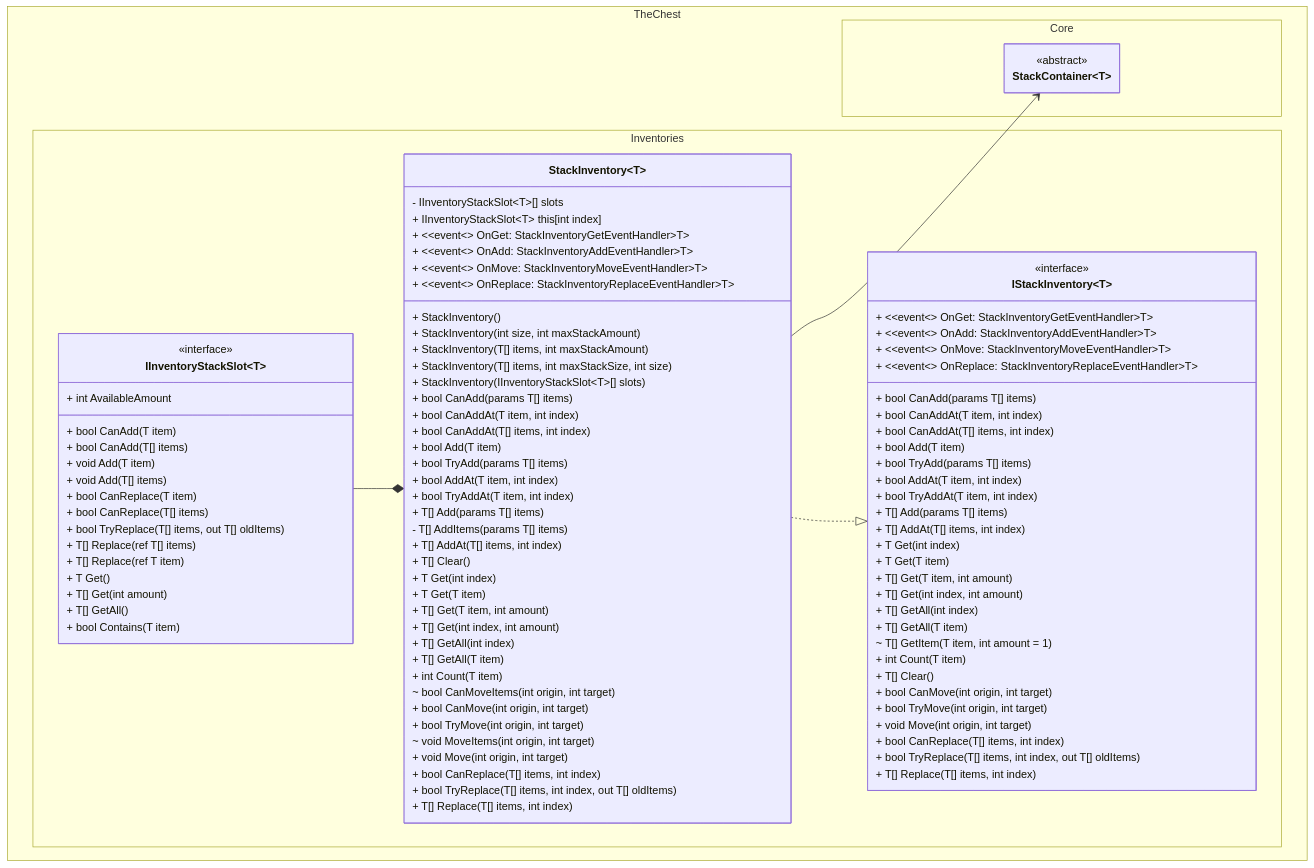
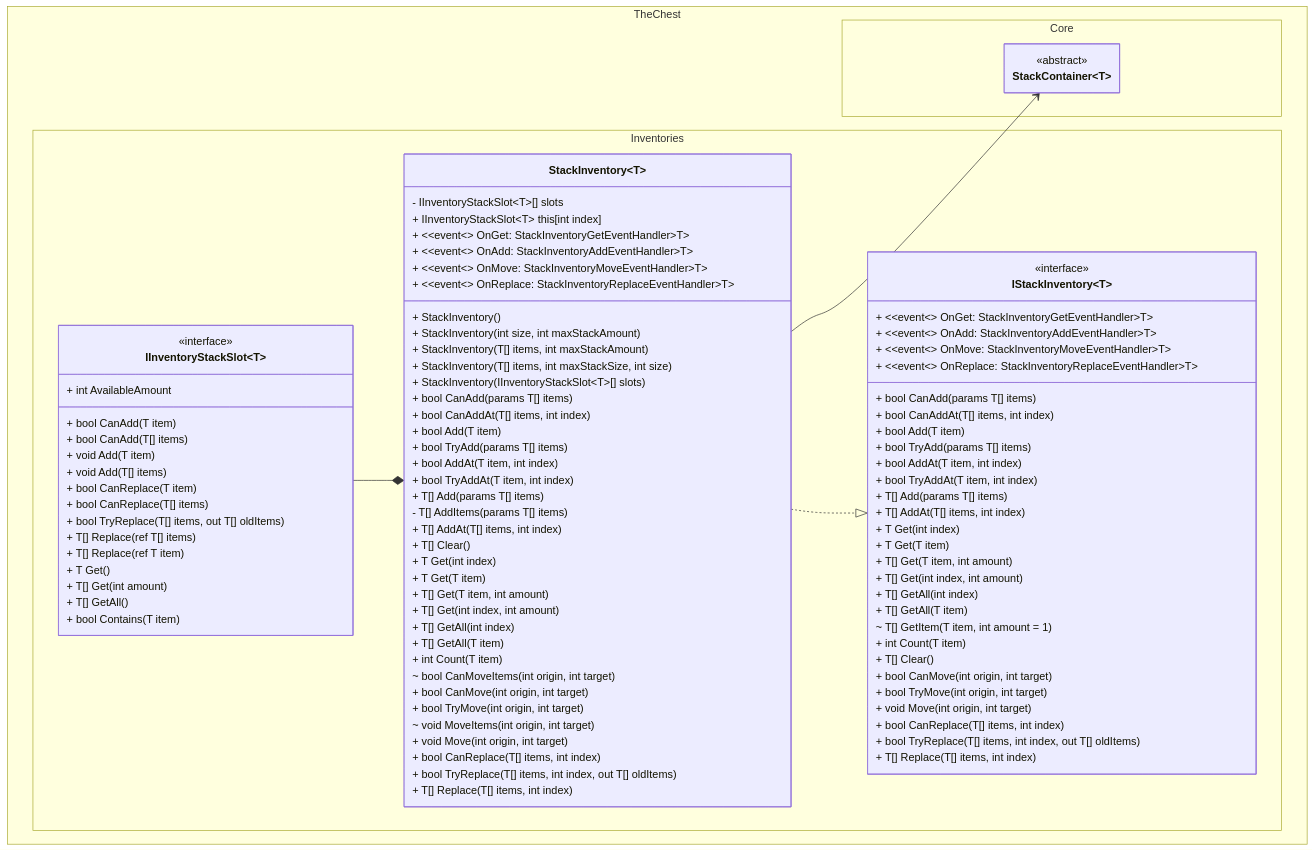
Before and after one commit to The-Chest/TheChest.Inventories: the first of 2 diagrams in docs/stack_inventory/class_diagram.md, drawn with Mermaid. The commit also changed 4 other files, not shown here.

```diff
--- a/docs/stack_inventory/class_diagram.md
+++ b/docs/stack_inventory/class_diagram.md
@@ -33,7 +33,6 @@
 	        + ~~event~~ OnReplace: StackInventoryReplaceEventHandler~T~ 
 
 	        + bool CanAdd(params T[] items)
-	        + bool CanAddAt(T item, int index)
 	        + bool CanAddAt(T[] items, int index)
 
             + bool Add(T item)
@@ -94,7 +93,6 @@
 	        + ~~event~~ OnReplace: StackInventoryReplaceEventHandler~T~ 
 
 	        + bool CanAdd(params T[] items)
-	        + bool CanAddAt(T item, int index)
 	        + bool CanAddAt(T[] items, int index)
 
             + bool Add(T item)
```
